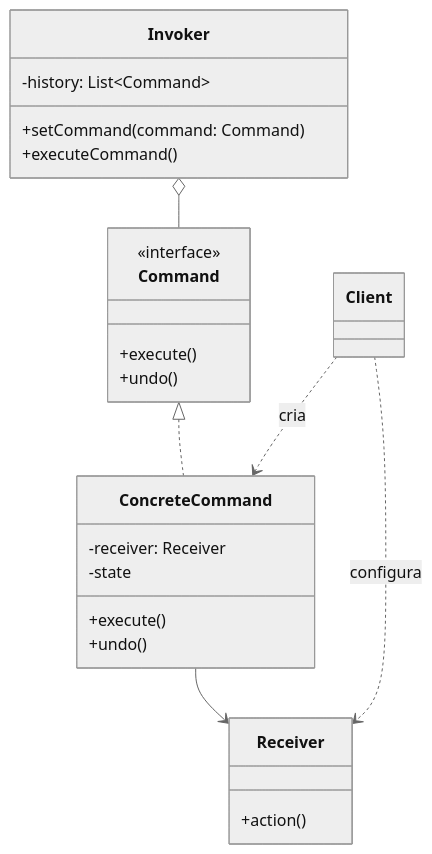
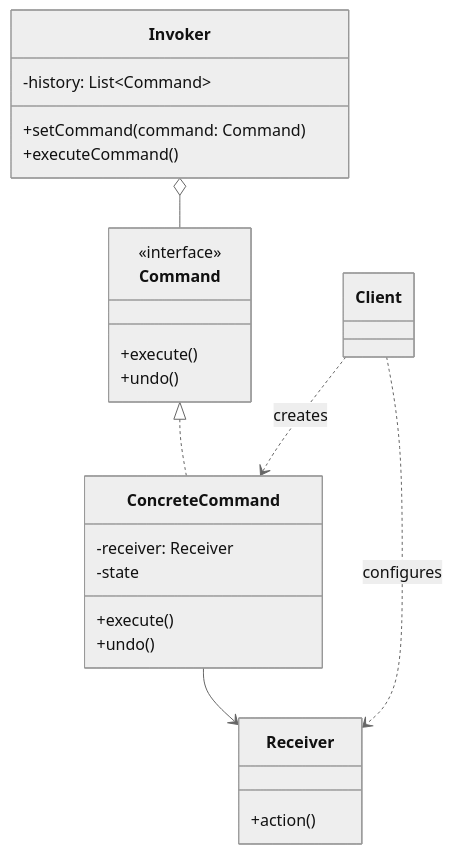
The diagram in docs/coding/gof/behavioral/command.md (alancesar/design-patterns), drawn with Mermaid (neutral theme) before and after one commit. The commit also changed 258 other files, not shown here.

First line of the commit message:
Translate Mermaid diagrams to English

````diff
--- a/docs/coding/gof/behavioral/command.md
+++ b/docs/coding/gof/behavioral/command.md
@@ -61,28 +61,28 @@
 ```mermaid
 classDiagram
     class Command {
         <<interface>>
         +execute()
         +undo()
     }
     class ConcreteCommand {
         -receiver: Receiver
         -state
         +execute()
         +undo()
     }
     class Receiver {
         +action()
     }
     class Invoker {
         -history: List~Command~
         +setCommand(command: Command)
         +executeCommand()
     }
     class Client
     Command <|.. ConcreteCommand
     ConcreteCommand --> Receiver
     Invoker o-- Command
-    Client ..> ConcreteCommand : cria
-    Client ..> Receiver : configura
+    Client ..> ConcreteCommand : creates
+    Client ..> Receiver : configures
 ```
````
